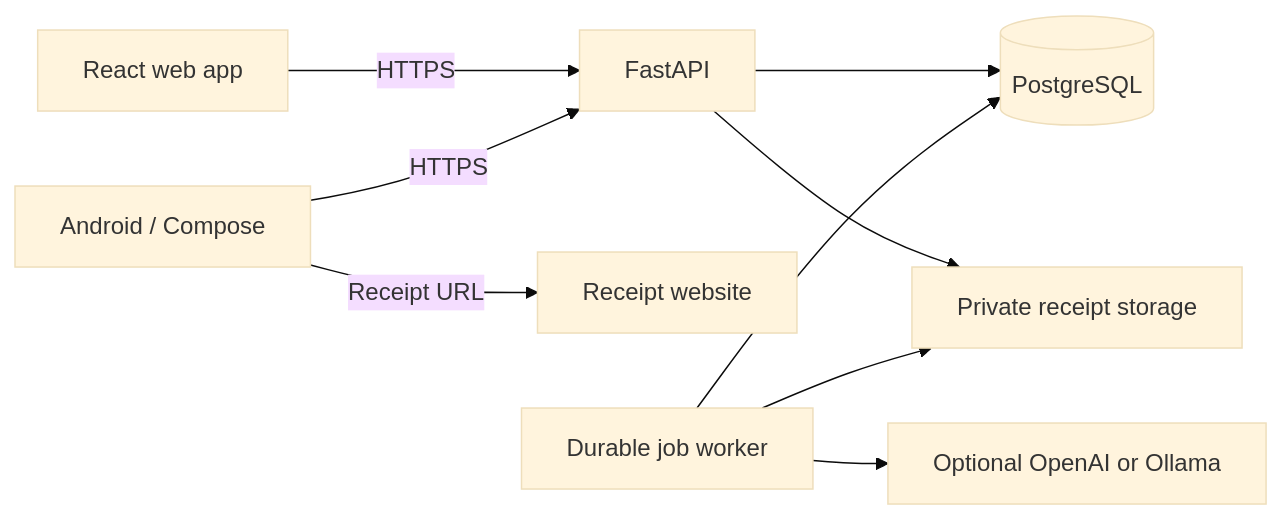
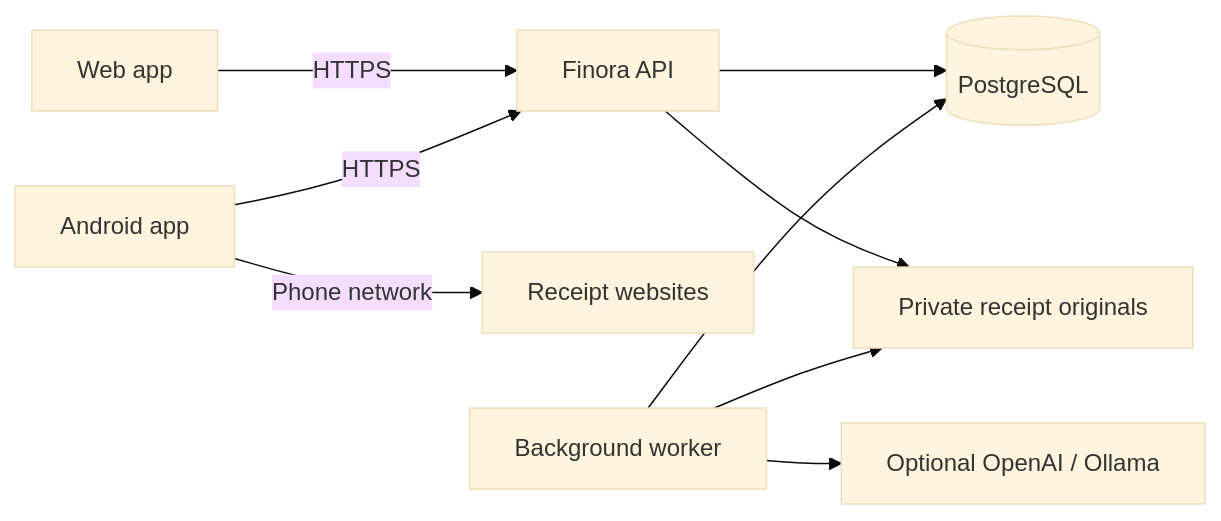
One commit to gadmin2151/Finora changed the diagram in README.md. Above: the diagram before and after it, drawn with Mermaid (base theme). The commit also changed other lines of this file and 14 other files, not shown here.

````diff
--- a/README.md
+++ b/README.md
@@ -123,11 +146,11 @@
 ```mermaid
 flowchart LR
-  Web[React web app] -->|HTTPS| API[FastAPI]
-  Phone[Android / Compose] -->|HTTPS| API
-  Phone -->|Receipt URL| Receipt[Receipt website]
-  API --> DB[(PostgreSQL)]
-  API --> Files[Private receipt storage]
-  Worker[Durable job worker] --> DB
-  Worker --> Files
-  Worker --> AI[Optional OpenAI or Ollama]
+    Web[Web app] -->|HTTPS| API[Finora API]
+    Android[Android app] -->|HTTPS| API
+    Android -->|Phone network| Receipt[Receipt websites]
+    API --> Database[(PostgreSQL)]
+    API --> Originals[Private receipt originals]
+    Worker[Background worker] --> Database
+    Worker --> Originals
+    Worker --> AI[Optional OpenAI / Ollama]
 ```
````
